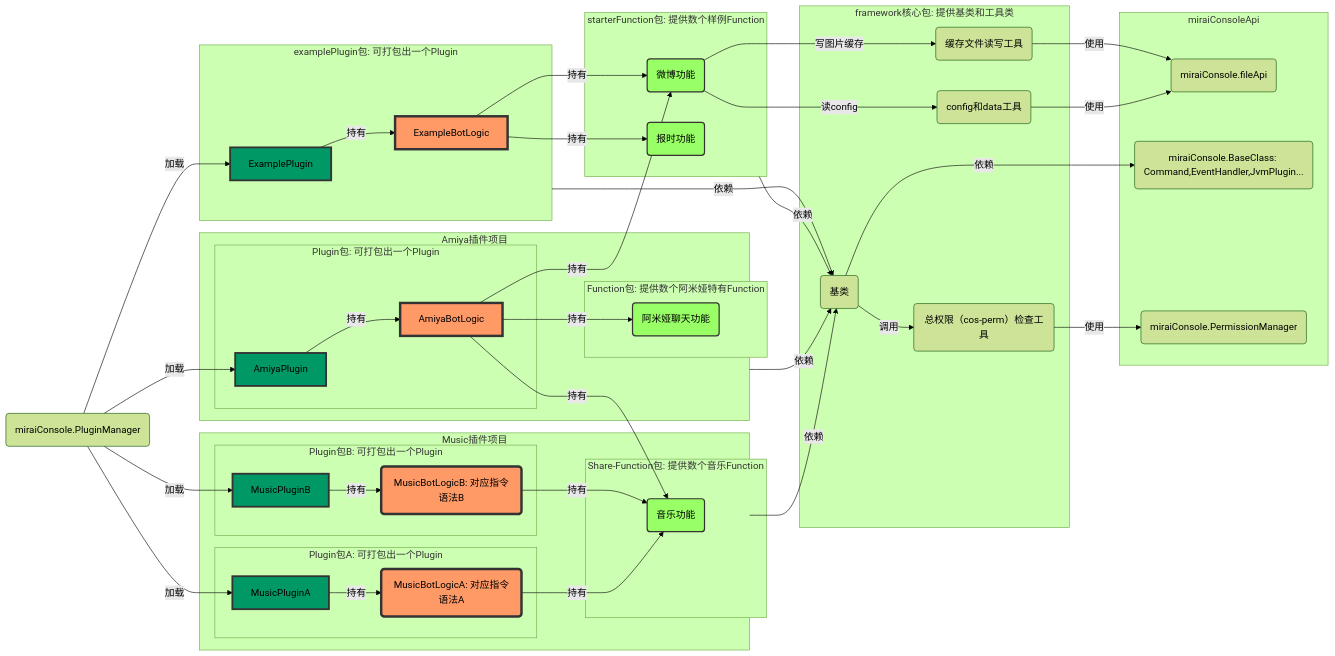
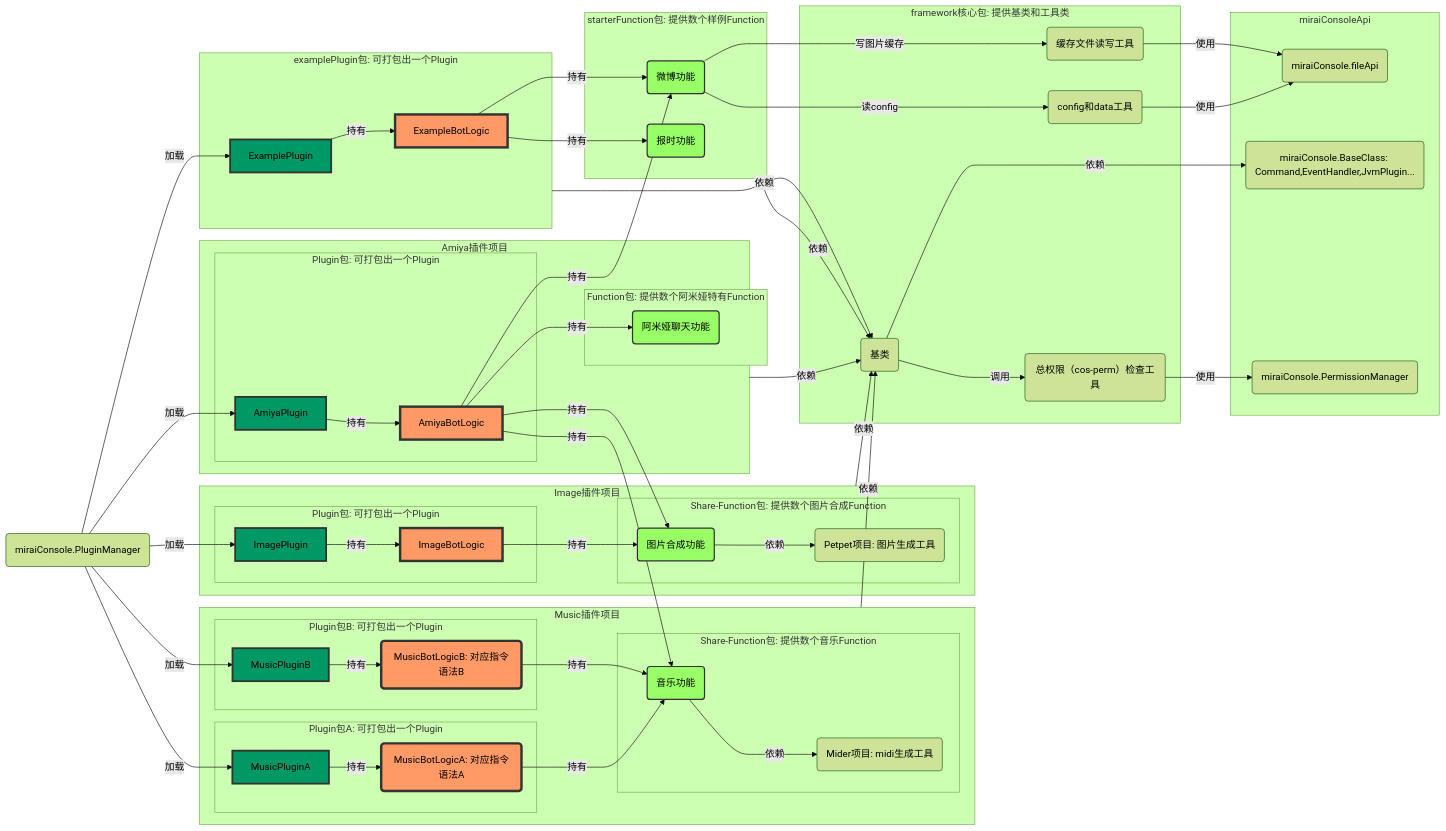
Before and after one commit to hundun000/mirai-fleet-framework: the diagram in README.md, drawn with Mermaid (forest theme). The commit also changed other lines of this file and 2 other files, not shown here.

```diff
--- a/README.md
+++ b/README.md
@@ -31,11 +36,29 @@
     end
     subgraph MusicFunctionPackage ["Share-Function包: 提供数个音乐Function"]
       MusicFunction("音乐功能"):::functionColor
+      Mider("Mider项目: midi生成工具")
+      MusicFunction --> |依赖| Mider
     end
   end
   MusicProject --> |依赖| BaseClass
   MusicBotLogicA --> |持有| MusicFunction
   MusicBotLogicB --> |持有| MusicFunction
+
+  subgraph ImageProject ["Image插件项目"]
+    subgraph ImagePluginPackage ["Plugin包: 可打包出一个Plugin"]
+      ImagePlugin:::pluginColor
+      ImageBotLogic:::botLogicColor
+
+      ImagePlugin --> |持有| ImageBotLogic
+    end
+    subgraph ImageFunctionPackage ["Share-Function包: 提供数个图片合成Function"]
+      ImageFunction("图片合成功能"):::functionColor
+      Petpet("Petpet项目: 图片生成工具")
+      ImageFunction --> |依赖| Petpet
+    end
+  end
+  ImageProject --> |依赖| BaseClass
+  ImageBotLogic --> |持有| ImageFunction
 
   subgraph AmiyaProject ["Amiya插件项目"]
     subgraph AmiyaFunctionPackage ["Function包: 提供数个阿米娅特有Function"]
@@ -52,6 +75,7 @@
   AmiyaBotLogic --> |持有| WeiboFunction
   AmiyaBotLogic --> |持有| AmiyaChatFunction
   AmiyaBotLogic --> |持有| MusicFunction
+  AmiyaBotLogic --> |持有| ImageFunction
 
   subgraph frameworkCore ["framework核心包: 提供基类和工具类"]
     BaseClass("基类")
@@ -89,6 +113,7 @@
   ConsolePluginManager --> |加载| ExamplePlugin
   ConsolePluginManager --> |加载| MusicPluginA
   ConsolePluginManager --> |加载| MusicPluginB
+  ConsolePluginManager --> |加载| ImagePlugin
 
   subgraph miraiGroup1 ["miraiConsoleApi"]
     ConsolefileApi("miraiConsole.fileApi")
```
